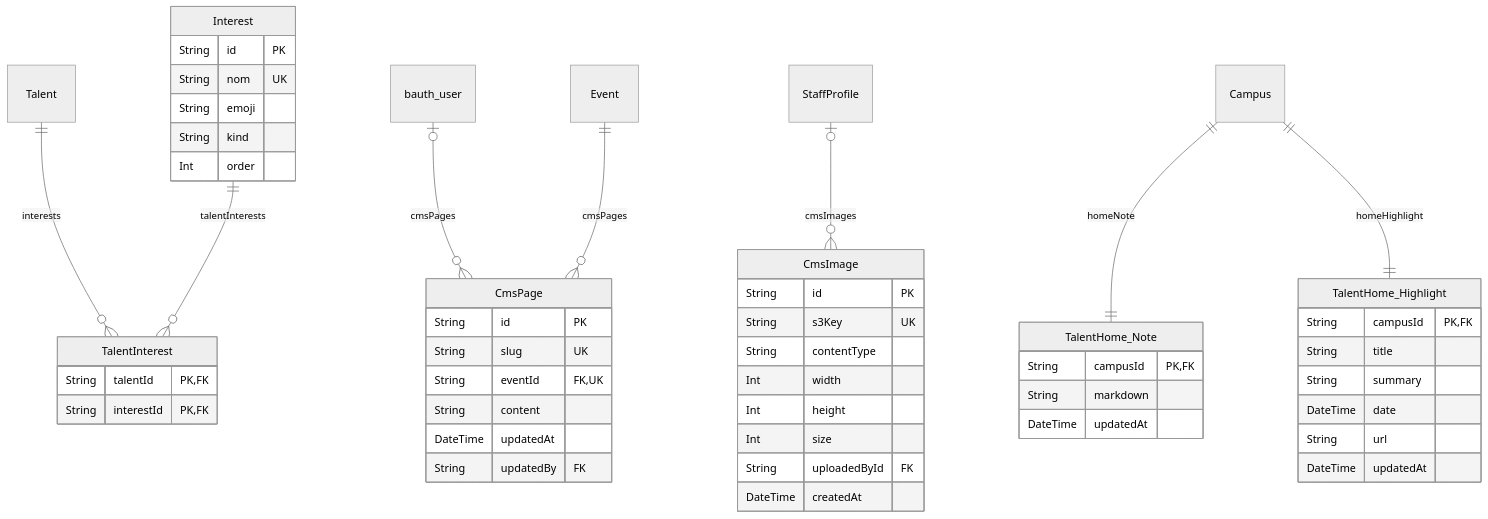
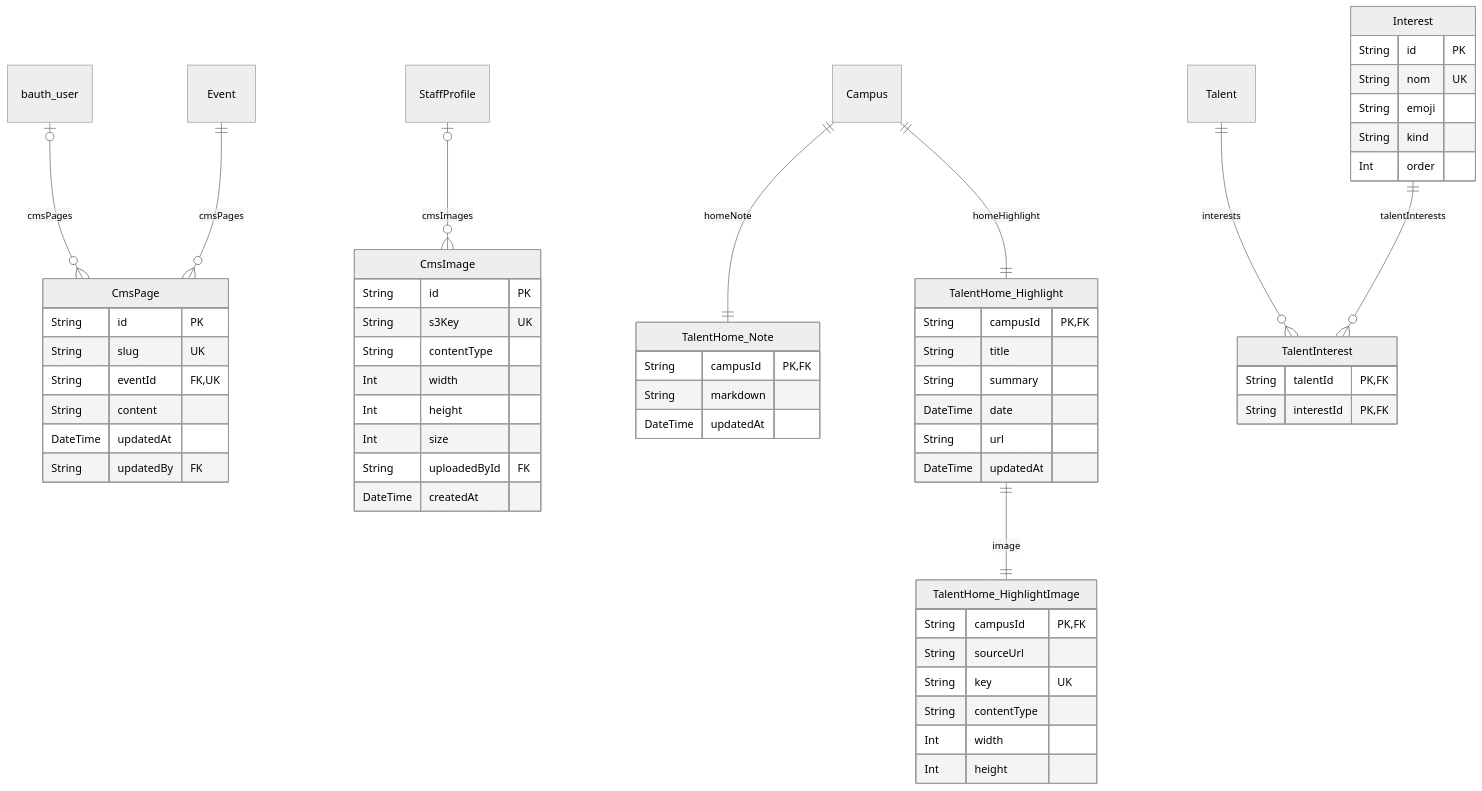
Before and after one commit to Manta-Epitech-Academy/jump: the tenth of 13 diagrams in frontend/docs/database.md, drawn with Mermaid (neutral theme). The commit also changed other lines of this file and 14 other files, not shown here.

````diff
--- a/frontend/docs/database.md
+++ b/frontend/docs/database.md
@@ -910,62 +910,71 @@
 ```mermaid
 erDiagram
   CmsPage {
     String id PK
     String slug UK
     String eventId FK,UK
     String content
     DateTime updatedAt
     String updatedBy FK
   }
   CmsImage {
     String id PK
     String s3Key UK
     String contentType
     Int width
     Int height
     Int size
     String uploadedById FK
     DateTime createdAt
   }
   TalentHome_Note {
     String campusId PK,FK
     String markdown
     DateTime updatedAt
   }
   TalentHome_Highlight {
     String campusId PK,FK
     String title
     String summary
     DateTime date
     String url
     DateTime updatedAt
   }
+  TalentHome_HighlightImage {
+    String campusId PK,FK
+    String sourceUrl
+    String key UK
+    String contentType
+    Int width
+    Int height
+  }
   Interest {
     String id PK
     String nom UK
     String emoji
     String kind
     Int order
   }
   TalentInterest {
     String talentId PK,FK
     String interestId PK,FK
   }
   bauth_user {
   }
   StaffProfile {
   }
   Talent {
   }
   Campus {
   }
   Event {
   }
   bauth_user |o--o{ CmsPage : "cmsPages"
   StaffProfile |o--o{ CmsImage : "cmsImages"
   Talent ||--o{ TalentInterest : "interests"
   Campus ||--|| TalentHome_Note : "homeNote"
   Campus ||--|| TalentHome_Highlight : "homeHighlight"
   Event ||--o{ CmsPage : "cmsPages"
+  TalentHome_Highlight ||--|| TalentHome_HighlightImage : "image"
   Interest ||--o{ TalentInterest : "talentInterests"
 ```
````
